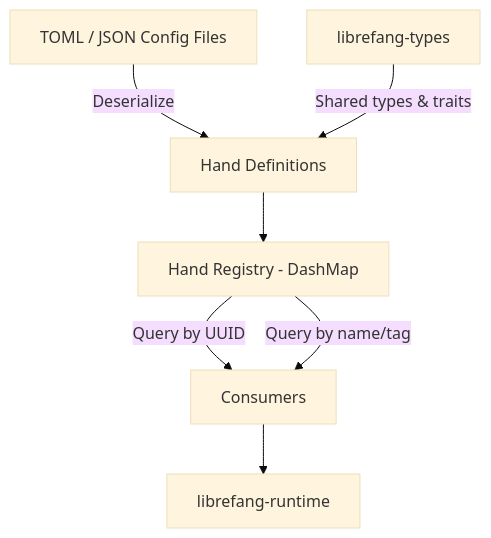
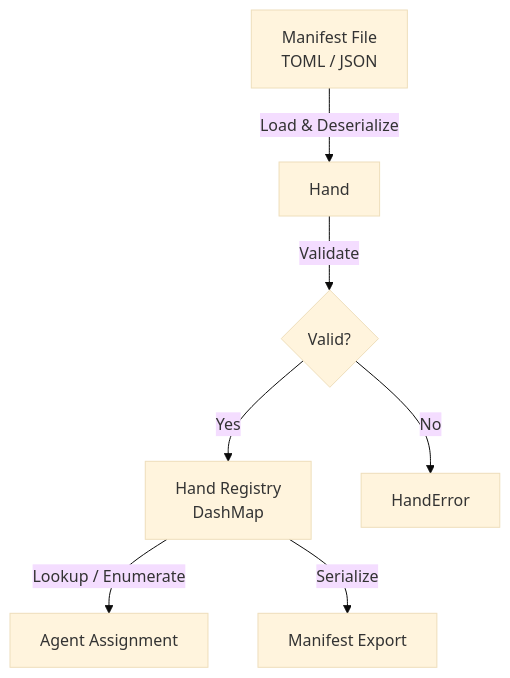
One commit to leszek3737/librefang-WIki changed the diagram in other-librefang-hands.md. Above: the diagram before and after it, drawn with Mermaid (base theme). The commit also changed other lines of this file and 118 other files, not shown here.

````diff
--- a/other-librefang-hands.md
+++ b/other-librefang-hands.md
@@ -15,9 +43,9 @@
 ```mermaid
 graph TD
-    A[TOML / JSON Config Files] -->|Deserialize| B[Hand Definitions]
-    B --> C[Hand Registry - DashMap]
-    C -->|Query by UUID| D[Consumers]
-    C -->|Query by name/tag| D
-    E[librefang-types] -->|Shared types & traits| B
-    D --> F[librefang-runtime]
+    A[Manifest File<br/>TOML / JSON] -->|Load & Deserialize| B[Hand]
+    B -->|Validate| C{Valid?}
+    C -->|Yes| D[Hand Registry<br/>DashMap]
+    C -->|No| E[HandError]
+    D -->|Lookup / Enumerate| F[Agent Assignment]
+    D -->|Serialize| G[Manifest Export]
 ```
````
